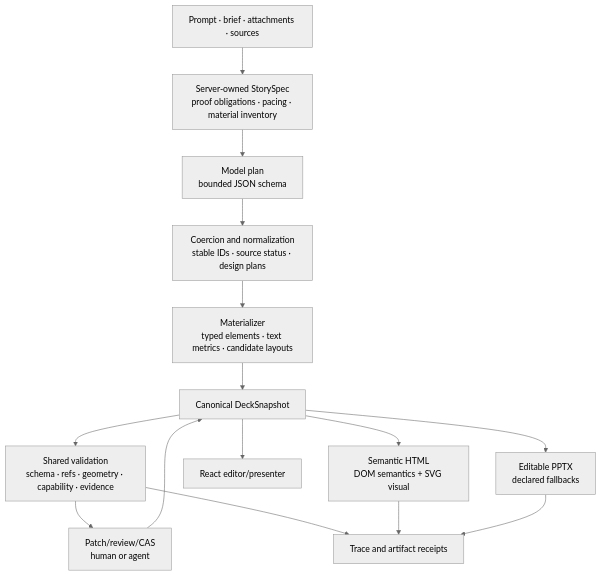
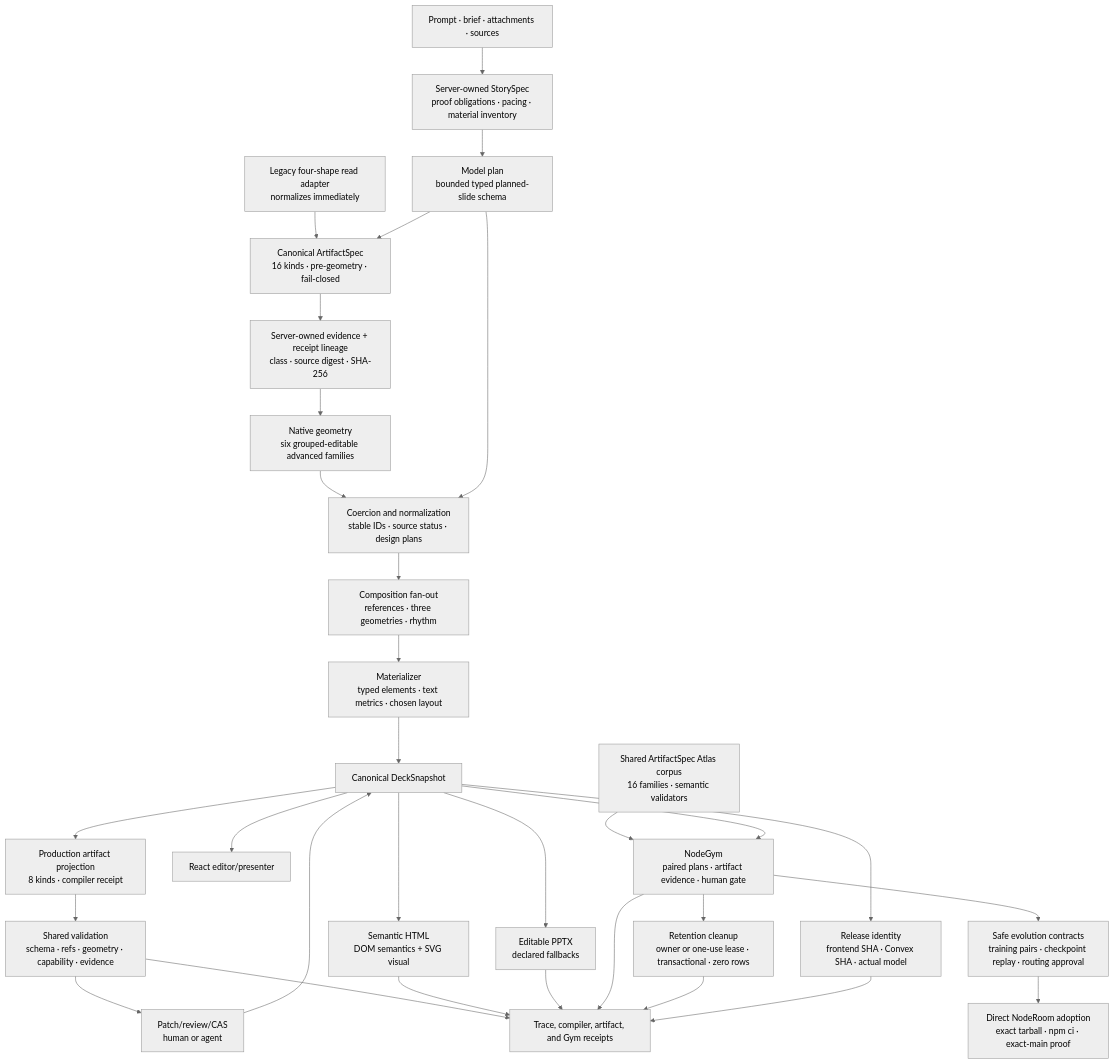
Before and after one commit to HomenShum/NodeSlide: the second of 2 diagrams in docs/JSON_TO_HTML_EVOLUTION.md, drawn with Mermaid (neutral theme). The commit also changed other lines of this file and 416 other files, not shown here.

First line of the commit message:
Close NodeSlide artifact gym and production evidence gaps (#41)

````diff
--- a/docs/JSON_TO_HTML_EVOLUTION.md
+++ b/docs/JSON_TO_HTML_EVOLUTION.md
@@ -360,25 +678,49 @@
 ```mermaid
 flowchart TD
   INPUT["Prompt · brief · attachments · sources"]
   STORY["Server-owned StorySpec<br/>proof obligations · pacing · material inventory"]
-  PLAN["Model plan<br/>bounded JSON schema"]
+  PLAN["Model plan<br/>bounded typed planned-slide schema"]
+  LEGACY["Legacy four-shape read adapter<br/>normalizes immediately"]
+  AUTHORED["Canonical ArtifactSpec<br/>16 kinds · pre-geometry · fail-closed"]
+  LINEAGE["Server-owned evidence + receipt lineage<br/>class · source digest · SHA-256"]
+  NATIVE["Native geometry<br/>six grouped-editable advanced families"]
   NORMALIZE["Coercion and normalization<br/>stable IDs · source status · design plans"]
-  MATERIALIZE["Materializer<br/>typed elements · text metrics · candidate layouts"]
+  FANOUT["Composition fan-out<br/>references · three geometries · rhythm"]
+  MATERIALIZE["Materializer<br/>typed elements · text metrics · chosen layout"]
   SNAPSHOT["Canonical DeckSnapshot"]
+  PROJECTION["Production artifact projection<br/>8 kinds · compiler receipt"]
   VALIDATE["Shared validation<br/>schema · refs · geometry · capability · evidence"]
   REVIEW["Patch/review/CAS<br/>human or agent"]
   HTML["Semantic HTML<br/>DOM semantics + SVG visual"]
   BROWSER["React editor/presenter"]
   PPTX["Editable PPTX<br/>declared fallbacks"]
-  RECEIPT["Trace and artifact receipts"]
+  ATLAS["Shared ArtifactSpec Atlas corpus<br/>16 families · semantic validators"]
+  GYM["NodeGym<br/>paired plans · artifact evidence · human gate"]
+  SAFE["Safe evolution contracts<br/>training pairs · checkpoint replay · routing approval"]
+  RETAIN["Retention cleanup<br/>owner or one-use lease · transactional · zero rows"]
+  NODEROOM["Direct NodeRoom adoption<br/>exact tarball · npm ci · exact-main proof"]
+  IDENTITY["Release identity<br/>frontend SHA · Convex SHA · actual model"]
+  RECEIPT["Trace, compiler, artifact, and Gym receipts"]
 
-  INPUT --> STORY --> PLAN --> NORMALIZE --> MATERIALIZE --> SNAPSHOT
-  SNAPSHOT --> VALIDATE
+  INPUT --> STORY --> PLAN
+  LEGACY --> AUTHORED
+  PLAN --> AUTHORED --> LINEAGE --> NATIVE --> NORMALIZE
+  PLAN --> NORMALIZE
+  NORMALIZE --> FANOUT --> MATERIALIZE --> SNAPSHOT
+  SNAPSHOT --> PROJECTION --> VALIDATE
   VALIDATE --> REVIEW --> SNAPSHOT
   SNAPSHOT --> HTML
   SNAPSHOT --> BROWSER
   SNAPSHOT --> PPTX
+  ATLAS --> GYM
+  SNAPSHOT --> GYM
+  GYM --> SAFE --> NODEROOM
+  GYM --> RETAIN
+  SNAPSHOT --> IDENTITY
   VALIDATE --> RECEIPT
   HTML --> RECEIPT
   PPTX --> RECEIPT
+  GYM --> RECEIPT
+  RETAIN --> RECEIPT
+  IDENTITY --> RECEIPT
 ```
````
